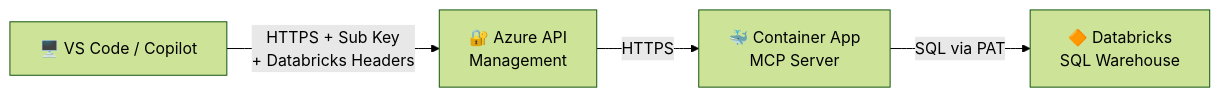
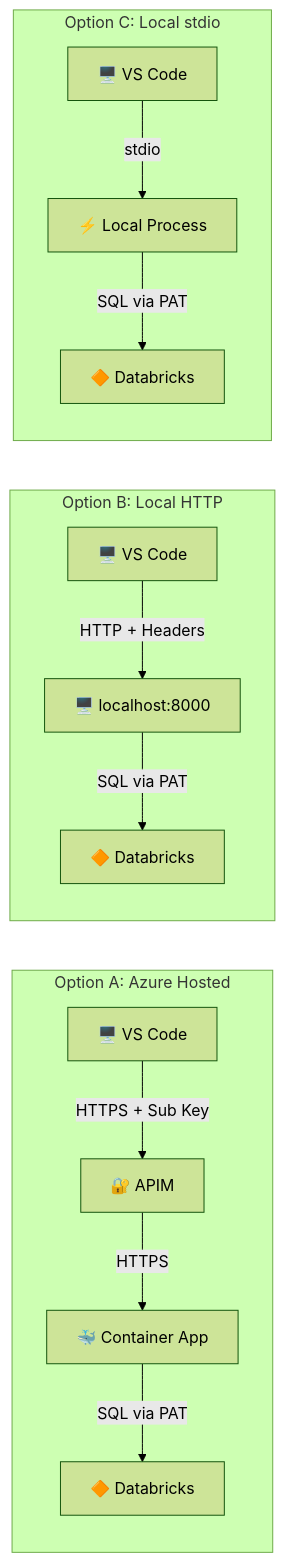
One commit to ms-mfg-community/dbx-mcp-server changed the diagram in README.md. Above: the diagram before and after it, drawn with Mermaid (forest theme). The commit also changed other lines of this file and 3 other files, not shown here.

First line of the commit message:
Add local HTTP server option for teams without Azure

````diff
--- a/README.md
+++ b/README.md
@@ -9,6 +9,18 @@
 ```mermaid
 graph LR
-    IDE["🖥️ VS Code / Copilot"] -- "HTTPS + Sub Key<br/>+ Databricks Headers" --> APIM["🔐 Azure API<br/>Management"]
-    APIM -- "HTTPS" --> CA["🐳 Container App<br/>MCP Server"]
-    CA -- "SQL via PAT" --> DBX["🔶 Databricks<br/>SQL Warehouse"]
+    subgraph "Option A: Azure Hosted"
+        IDE_A["🖥️ VS Code"] -- "HTTPS + Sub Key" --> APIM["🔐 APIM"]
+        APIM -- "HTTPS" --> CA["🐳 Container App"]
+        CA -- "SQL via PAT" --> DBX_A["🔶 Databricks"]
+    end
+
+    subgraph "Option B: Local HTTP"
+        IDE_B["🖥️ VS Code"] -- "HTTP + Headers" --> LOCAL["🖥️ localhost:8000"]
+        LOCAL -- "SQL via PAT" --> DBX_B["🔶 Databricks"]
+    end
+
+    subgraph "Option C: Local stdio"
+        IDE_C["🖥️ VS Code"] -- "stdio" --> PROC["⚡ Local Process"]
+        PROC -- "SQL via PAT" --> DBX_C["🔶 Databricks"]
+    end
 ```
````
